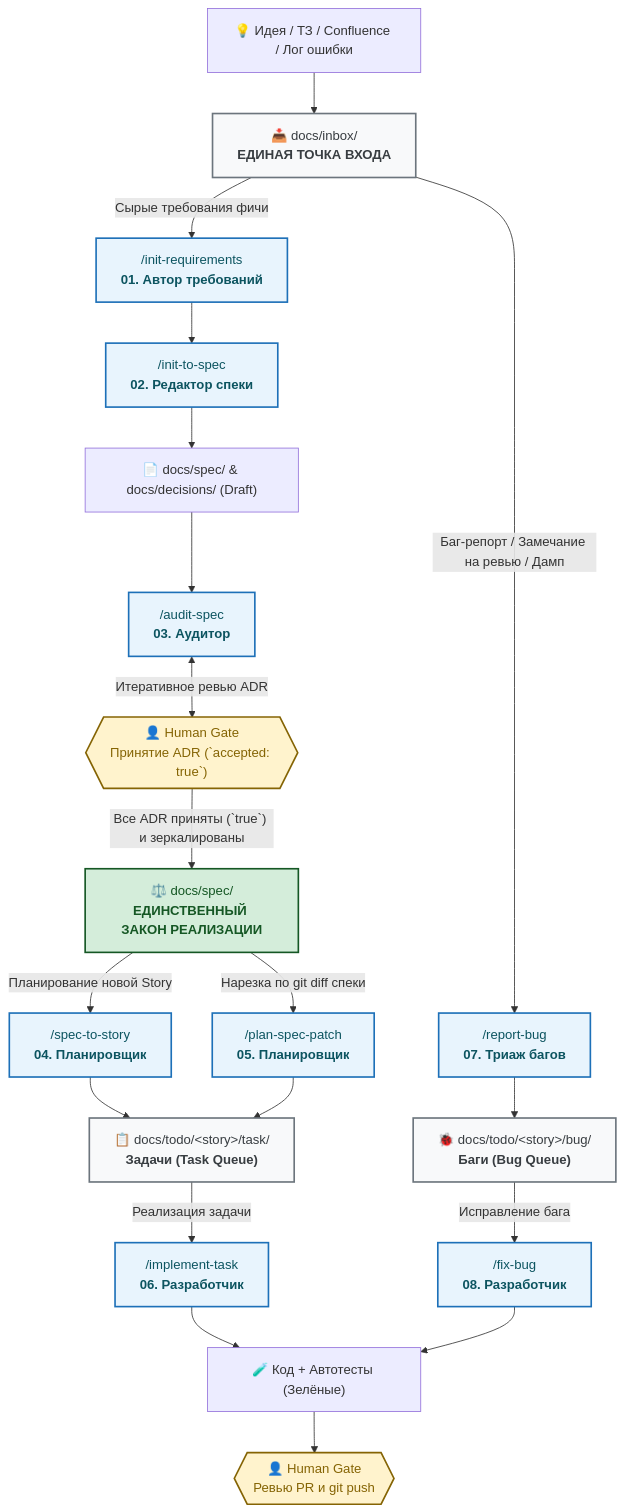
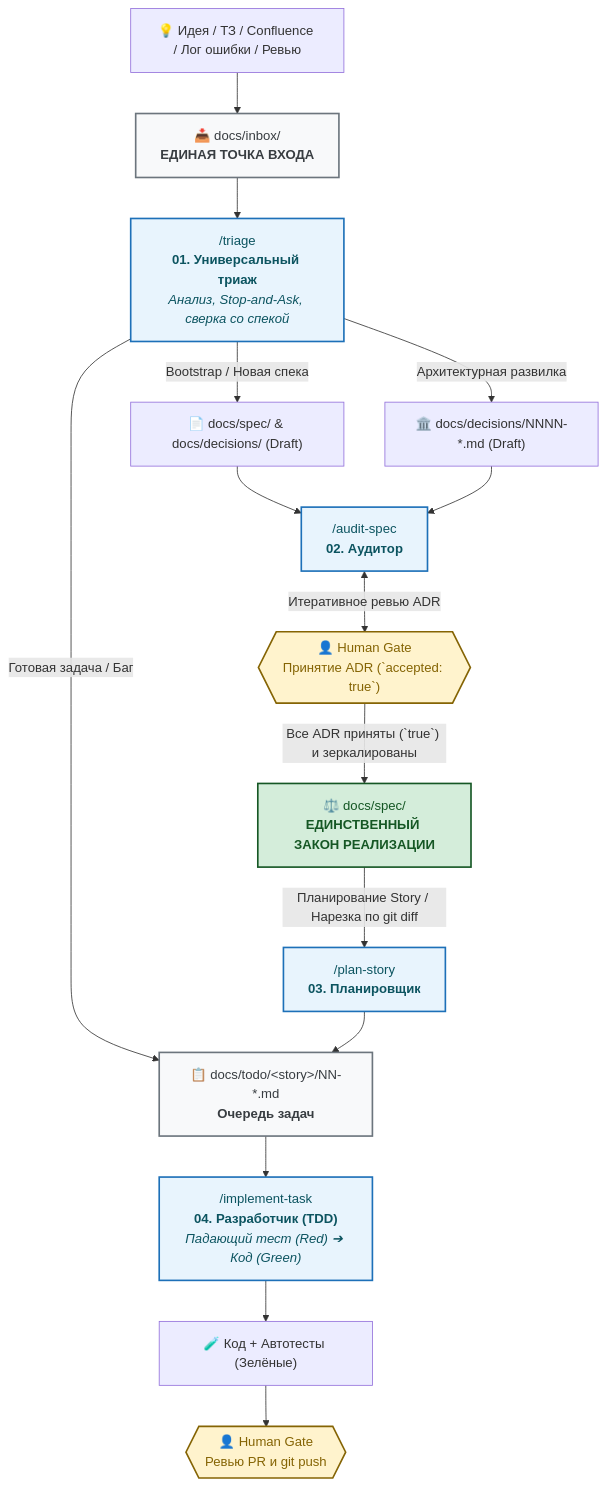
One commit to gste/deltafuse changed the diagram in README.ru.md. Above: the diagram before and after it, drawn with Mermaid. The commit also changed other lines of this file and 28 other files, not shown here.

Commit message:
refactor: streamline lifecycle into 4 orthogonal skills (/triage, /audit-spec, /plan-story, /implement-task)

````diff
--- a/README.ru.md
+++ b/README.ru.md
@@ -15,35 +15,30 @@
 ```mermaid
 flowchart TD
     classDef human fill:#fff3cd,stroke:#856404,stroke-width:2px,color:#856404;
     classDef skill fill:#e8f4fd,stroke:#1d70b8,stroke-width:2px,color:#0c5460;
     classDef law fill:#d4edda,stroke:#155724,stroke-width:2px,color:#155724;
     classDef inbox fill:#f8f9fa,stroke:#6c757d,stroke-width:2px,color:#383d41;
 
-    Raw["💡 Идея / ТЗ / Confluence / Лог ошибки"] --> Inbox["📥 docs/inbox/<br><b>ЕДИНАЯ ТОЧКА ВХОДА</b>"]:::inbox
+    Raw["💡 Идея / ТЗ / Confluence / Лог ошибки / Ревью"] --> Inbox["📥 docs/inbox/<br><b>ЕДИНАЯ ТОЧКА ВХОДА</b>"]:::inbox
 
-    Inbox -->|"Сырые требования фичи"| S1["/init-requirements<br><b>01. Автор требований</b>"]:::skill
-    S1 --> S2["/init-to-spec<br><b>02. Редактор спеки</b>"]:::skill
-    S2 --> SpecDraft["📄 docs/spec/ & docs/decisions/ (Draft)"]
+    Inbox --> S1["/triage<br><b>01. Универсальный триаж</b><br><i>Анализ, Stop-and-Ask, сверка со спекой</i>"]:::skill
 
-    SpecDraft --> S3["/audit-spec<br><b>03. Аудитор</b>"]:::skill
-    S3 <-->|"Итеративное ревью ADR"| Gate1{{"👤 Human Gate<br>Принятие ADR (`accepted: true`)"}}:::human
+    S1 -->|"Bootstrap / Новая спека"| SpecDraft["📄 docs/spec/ & docs/decisions/ (Draft)"]
+    S1 -->|"Архитектурная развилка"| ADRDraft["🏛️ docs/decisions/NNNN-*.md (Draft)"]
+    S1 -->|"Готовая задача / Баг"| TaskInbox["📋 docs/todo/&lt;story&gt;/NN-*.md<br><b>Очередь задач</b>"]:::inbox
+
+    SpecDraft --> S2["/audit-spec<br><b>02. Аудитор</b>"]:::skill
+    ADRDraft --> S2
+
+    S2 <-->|"Итеративное ревью ADR"| Gate1{{"👤 Human Gate<br>Принятие ADR (`accepted: true`)"}}:::human
 
     Gate1 -->|"Все ADR приняты (`true`) и зеркалированы"| SpecLaw["⚖️ docs/spec/<br><b>ЕДИНСТВЕННЫЙ ЗАКОН РЕАЛИЗАЦИИ</b>"]:::law
 
-    SpecLaw -->|"Планирование новой Story"| S4["/spec-to-story<br><b>04. Планировщик</b>"]:::skill
-    SpecLaw -->|"Нарезка по git diff спеки"| S5["/plan-spec-patch<br><b>05. Планировщик</b>"]:::skill
+    SpecLaw -->|"Планирование Story / Нарезка по git diff"| S3["/plan-story<br><b>03. Планировщик</b>"]:::skill
+    S3 --> TaskInbox
 
-    Inbox -->|"Баг-репорт / Замечание на ревью / Дамп"| S7["/report-bug<br><b>07. Триаж багов</b>"]:::skill
+    TaskInbox --> S4["/implement-task<br><b>04. Разработчик (TDD)</b><br><i>Падающий тест (Red) ➔ Код (Green)</i>"]:::skill
 
-    S4 --> TaskInbox["📋 docs/todo/&lt;story&gt;/task/<br><b>Задачи (Task Queue)</b>"]:::inbox
-    S5 --> TaskInbox
-    S7 --> BugInbox["🐞 docs/todo/&lt;story&gt;/bug/<br><b>Баги (Bug Queue)</b>"]:::inbox
-
-    TaskInbox -->|"Реализация задачи"| S6["/implement-task<br><b>06. Разработчик</b>"]:::skill
-    BugInbox -->|"Исправление бага"| S8["/fix-bug<br><b>08. Разработчик</b>"]:::skill
-
-    S6 --> Code["🧪 Код + Автотесты (Зелёные)"]
-    S8 --> Code
-
+    S4 --> Code["🧪 Код + Автотесты (Зелёные)"]
     Code --> Gate2{{"👤 Human Gate<br>Ревью PR и git push"}}:::human
 ```
````
